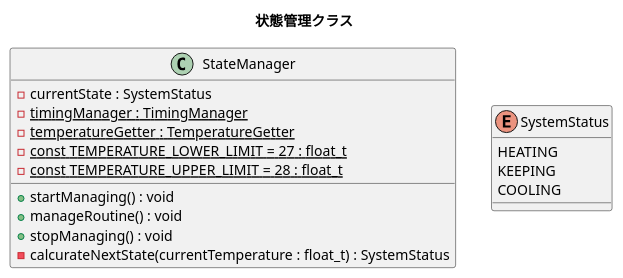
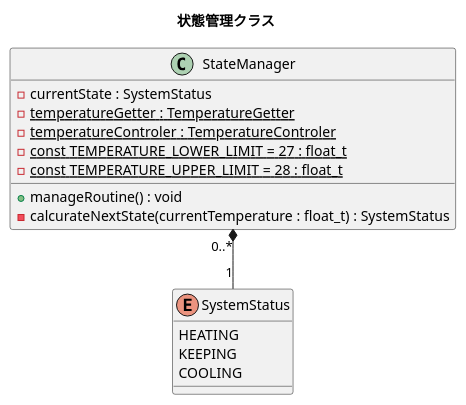
One commit to goheisystem/softwareDocuments changed the diagram in UML/class/statemanager.plantuml. Above: the diagram before and after it, drawn with PlantUML. The commit also changed 2 other files, not shown here.

Commit message:
temperatureControler作成 statemanagerからtimingmanagerを独立

```diff
--- a/UML/class/statemanager.plantuml
+++ b/UML/class/statemanager.plantuml
@@ -1,20 +1,20 @@
 @startuml
 title 状態管理クラス
 
 class "StateManager" as ClassStateManager{
   -currentState : SystemStatus
-  -{static}timingManager : TimingManager
   -{static}temperatureGetter : TemperatureGetter
+  -{static}temperatureControler : TemperatureControler
   -{static}const TEMPERATURE_LOWER_LIMIT = 27 : float_t
   -{static}const TEMPERATURE_UPPER_LIMIT = 28 : float_t
-  +startManaging() : void
   +manageRoutine() : void
-  +stopManaging() : void
   -calcurateNextState(currentTemperature : float_t) : SystemStatus
 }
 enum "SystemStatus" as EnumSystemStatus{
   HEATING
   KEEPING
   COOLING
 }
+
+ClassStateManager "0..*" *-- "1" EnumSystemStatus
 @enduml
```
